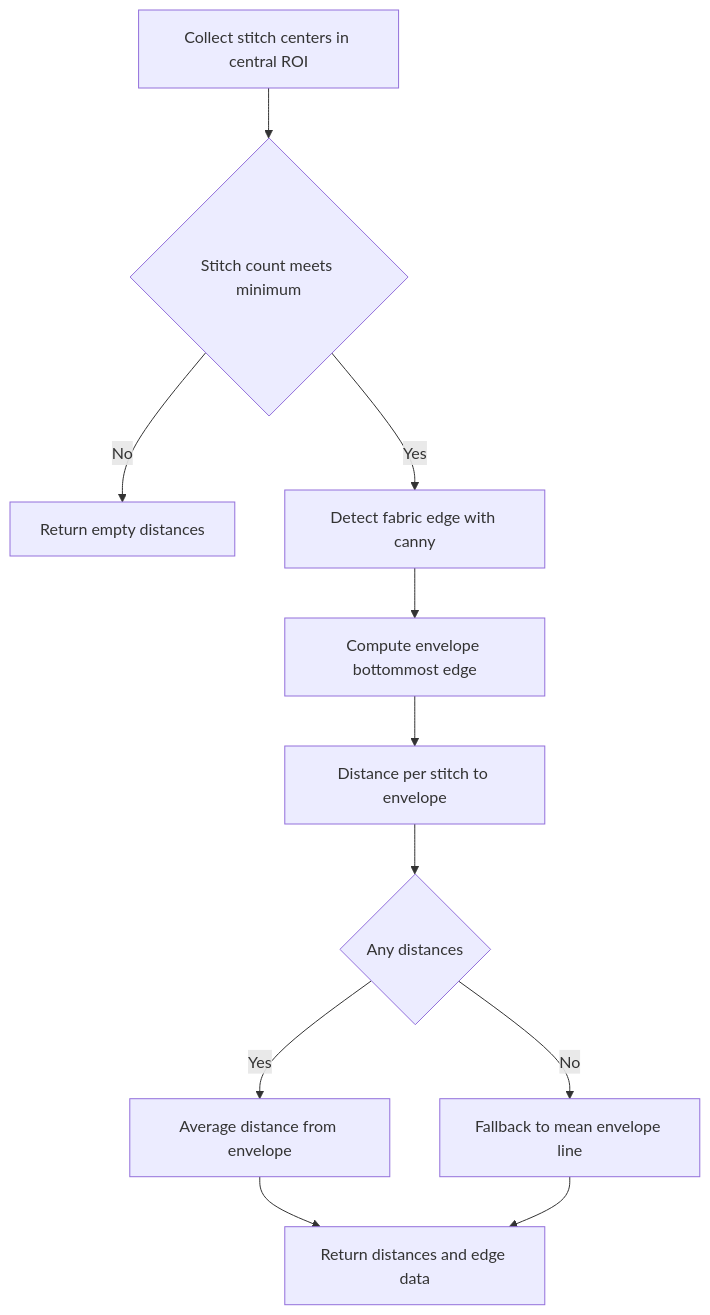
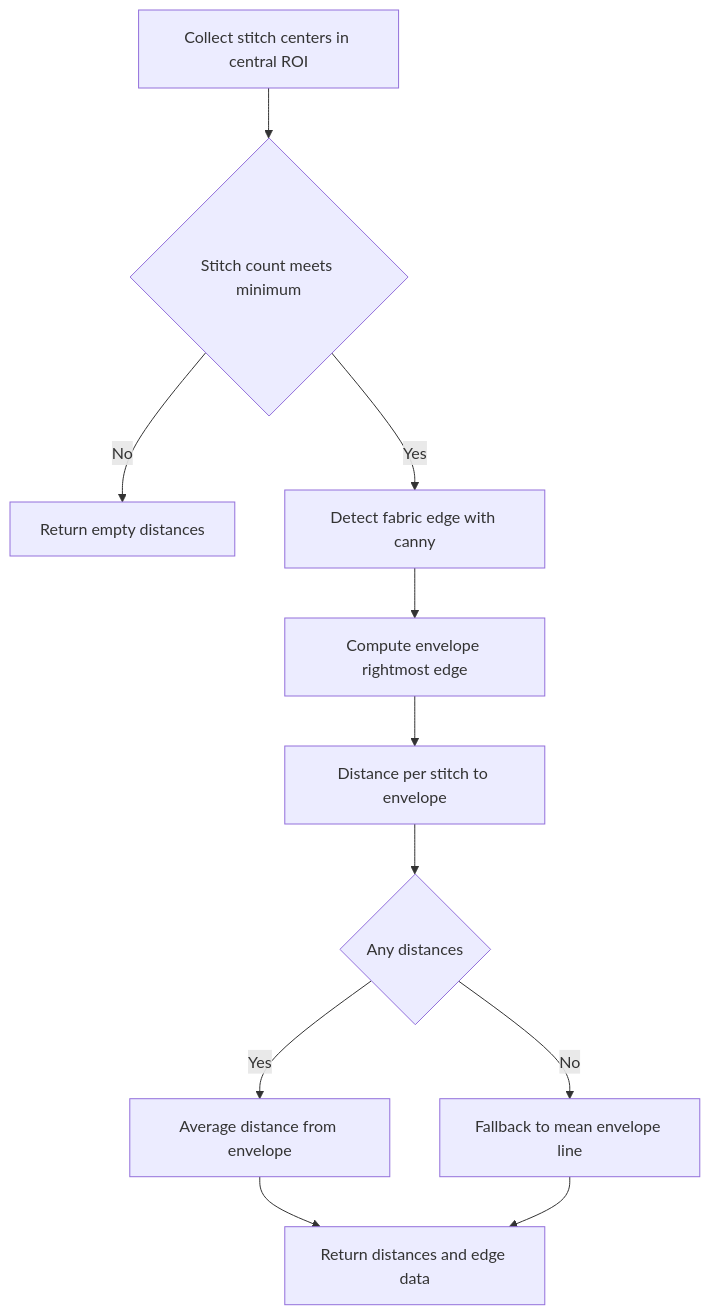
One commit to RishWijewardhena/vision-textile-inspection-curved changed the fifth of 6 diagrams in doc/image_processor_flow.md. Above: the diagram before and after it, drawn with Mermaid. The commit also changed other lines of this file, not shown here.

Commit message:
fix(image_processor_flow): clarify edge distance source selection and update flowchart details

````diff
--- a/doc/image_processor_flow.md
+++ b/doc/image_processor_flow.md
@@ -198,13 +194,13 @@
 ```mermaid
 flowchart TD
     A[Collect stitch centers in central ROI] --> B{Stitch count meets minimum}
     B -- No --> C[Return empty distances]
     B -- Yes --> D[Detect fabric edge with canny]
-    D --> E[Compute envelope bottommost edge]
+    D --> E[Compute envelope rightmost edge]
     E --> F[Distance per stitch to envelope]
     F --> G{Any distances}
     G -- Yes --> H[Average distance from envelope]
     G -- No --> I[Fallback to mean envelope line]
     H --> J[Return distances and edge data]
     I --> J
 ```
````
